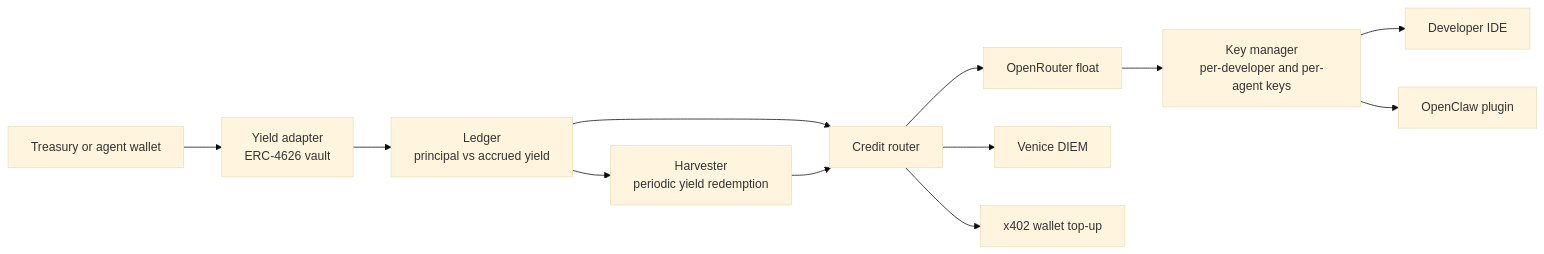
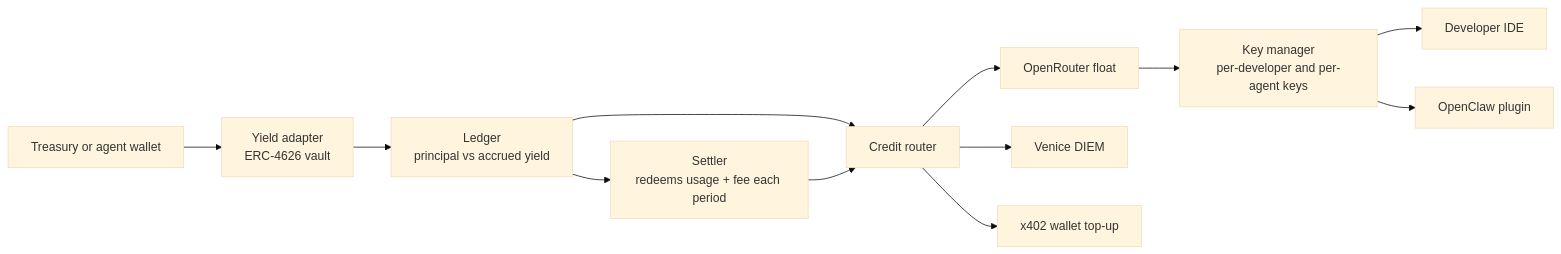
Before and after one commit to moyedx3/inferest: the diagram in docs/03-architecture.md, drawn with Mermaid (base theme). The commit also changed other lines of this file and 8 other files, not shown here.

First line of the commit message:
Record the 2026-09-24 decisions; fee on leftover yield only

````diff
--- a/docs/03-architecture.md
+++ b/docs/03-architecture.md
@@ -11,14 +11,14 @@
 ```mermaid
 flowchart LR
   A[Treasury or agent wallet] --> B[Yield adapter<br/>ERC-4626 vault]
   B --> C[Ledger<br/>principal vs accrued yield]
-  C --> D[Harvester<br/>periodic yield redemption]
+  C --> D[Settler<br/>redeems usage + fee each period]
   C --> E[Credit router]
   D --> E
   E --> F[OpenRouter float]
   E --> G[Venice DIEM]
   E --> H[x402 wallet top-up]
   F --> I[Key manager<br/>per-developer and per-agent keys]
   I --> J[Developer IDE]
   I --> K[OpenClaw plugin]
 ```
````
